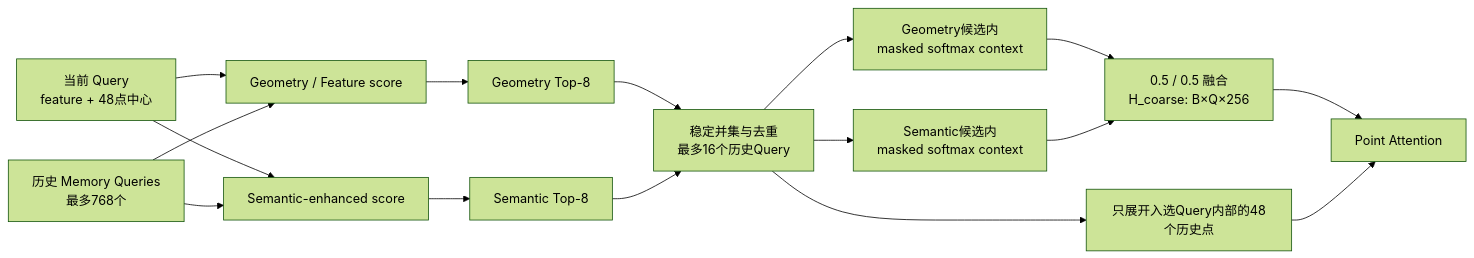
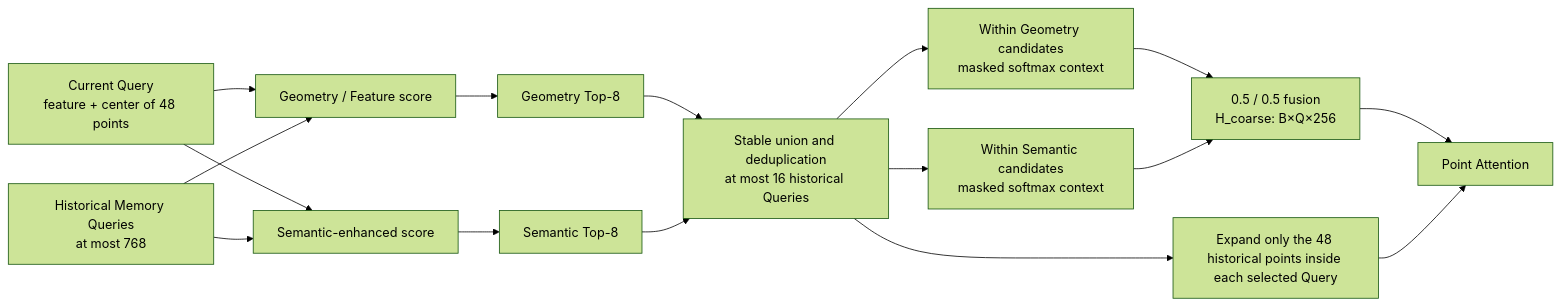
Before and after one commit to shayu36/WorldTime: the second of 3 diagrams in docs/FUTURE_MEMORY_ADAPTER_V2_SENIOR_REVIEW_REPORT.md, drawn with Mermaid (forest theme). The commit also changed other lines of this file and 28 other files, not shown here.

````diff
--- a/docs/FUTURE_MEMORY_ADAPTER_V2_SENIOR_REVIEW_REPORT.md
+++ b/docs/FUTURE_MEMORY_ADAPTER_V2_SENIOR_REVIEW_REPORT.md
@@ -152,18 +152,18 @@
 ```mermaid
 flowchart LR
-    CQ[当前 Query<br/>feature + 48点中心] --> GS[Geometry / Feature score]
+    CQ[Current Query<br/>feature + center of 48 points] --> GS[Geometry / Feature score]
     CQ --> SS[Semantic-enhanced score]
-    HM[历史 Memory Queries<br/>最多768个] --> GS
+    HM[Historical Memory Queries<br/>at most 768] --> GS
     HM --> SS
     GS --> GT[Geometry Top-8]
     SS --> ST[Semantic Top-8]
-    GT --> U[稳定并集与去重<br/>最多16个历史Query]
+    GT --> U[Stable union and deduplication<br/>at most 16 historical Queries]
     ST --> U
-    U --> GC[Geometry候选内<br/>masked softmax context]
-    U --> SC[Semantic候选内<br/>masked softmax context]
-    GC --> MIX[0.5 / 0.5 融合<br/>H_coarse: B×Q×256]
+    U --> GC[Within Geometry candidates<br/>masked softmax context]
+    U --> SC[Within Semantic candidates<br/>masked softmax context]
+    GC --> MIX[0.5 / 0.5 fusion<br/>H_coarse: B×Q×256]
     SC --> MIX
-    U --> EXP[只展开入选Query内部的48个历史点]
+    U --> EXP[Expand only the 48 historical points inside each selected Query]
     MIX --> PA[Point Attention]
     EXP --> PA
 ```
````
